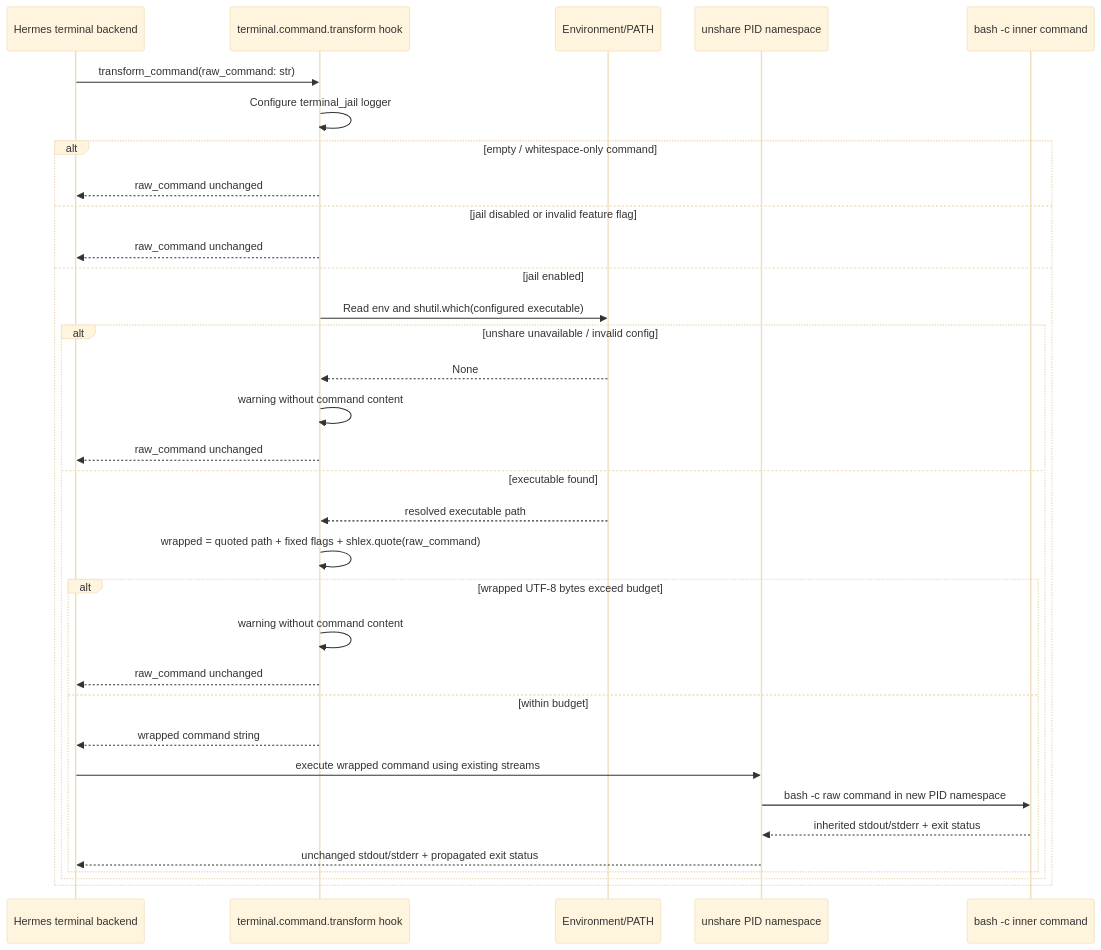
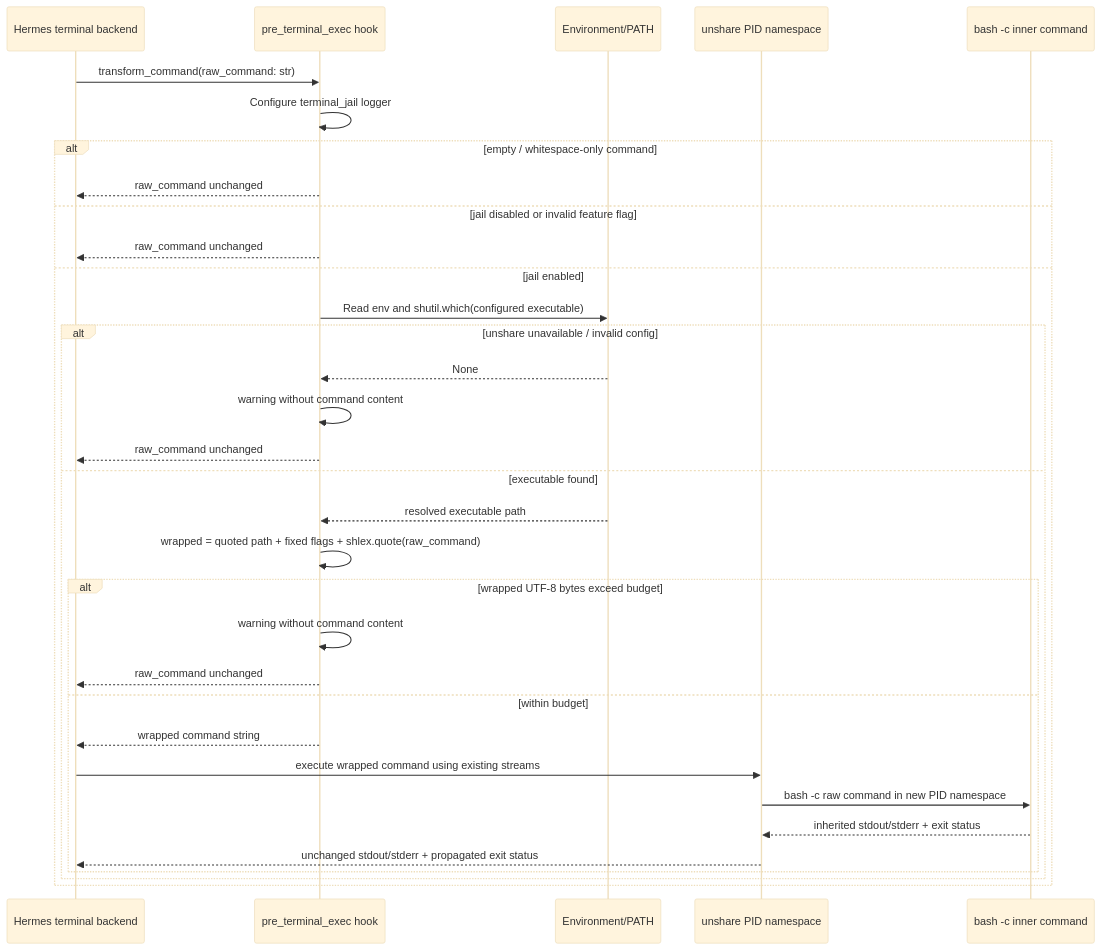
One commit to totalwindupflightsystems/terminal-jail changed the second of 2 diagrams in specs/plugin.md. Above: the diagram before and after it, drawn with Mermaid (base theme). The commit also changed other lines of this file and 1 other file, not shown here.

First line of the commit message:
spec: rewrite S01 plugin spec with hook gap documentation (HOOK-GAP-05)

````diff
--- a/specs/plugin.md
+++ b/specs/plugin.md
@@ -360,36 +474,36 @@
 ```mermaid
 sequenceDiagram
     participant H as Hermes terminal backend
-    participant G as terminal.command.transform hook
+    participant T as pre_terminal_exec hook
     participant E as Environment/PATH
     participant U as unshare PID namespace
     participant B as bash -c inner command
 
-    H->>G: transform_command(raw_command: str)
-    G->>G: Configure terminal_jail logger
+    H->>T: transform_command(raw_command: str)
+    T->>T: Configure terminal_jail logger
     alt empty / whitespace-only command
-        G-->>H: raw_command unchanged
+        T-->>H: raw_command unchanged
     else jail disabled or invalid feature flag
-        G-->>H: raw_command unchanged
+        T-->>H: raw_command unchanged
     else jail enabled
-        G->>E: Read env and shutil.which(configured executable)
+        T->>E: Read env and shutil.which(configured executable)
         alt unshare unavailable / invalid config
-            E-->>G: None
-            G->>G: warning without command content
-            G-->>H: raw_command unchanged
+            E-->>T: None
+            T->>T: warning without command content
+            T-->>H: raw_command unchanged
         else executable found
-            E-->>G: resolved executable path
-            G->>G: wrapped = quoted path + fixed flags + shlex.quote(raw_command)
+            E-->>T: resolved executable path
+            T->>T: wrapped = quoted path + fixed flags + shlex.quote(raw_command)
             alt wrapped UTF-8 bytes exceed budget
-                G->>G: warning without command content
-                G-->>H: raw_command unchanged
+                T->>T: warning without command content
+                T-->>H: raw_command unchanged
             else within budget
-                G-->>H: wrapped command string
+                T-->>H: wrapped command string
                 H->>U: execute wrapped command using existing streams
                 U->>B: bash -c raw command in new PID namespace
                 B-->>U: inherited stdout/stderr + exit status
                 U-->>H: unchanged stdout/stderr + propagated exit status
             end
         end
     end
 ```
````
